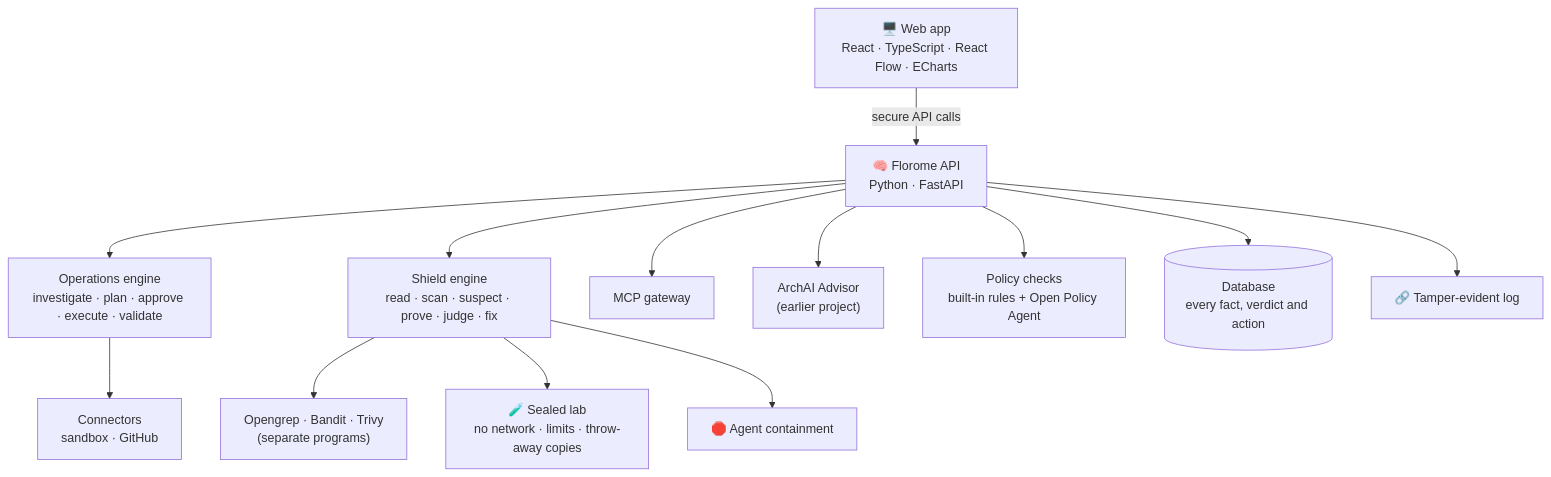
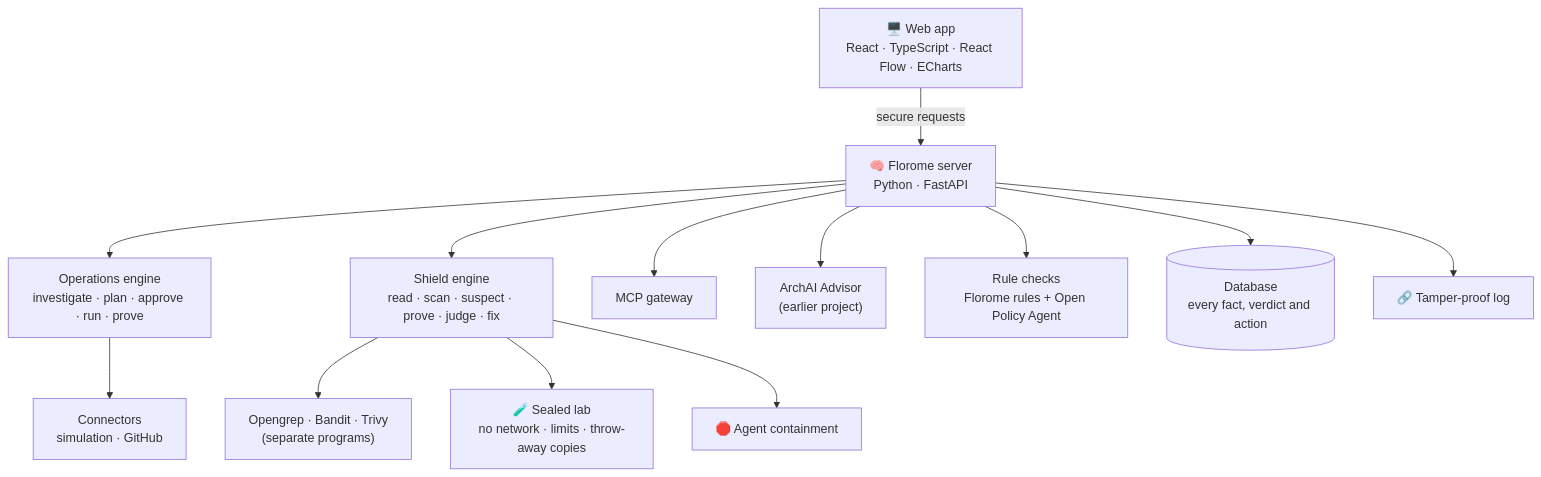
One commit to florina787/Data-sets changed the third of 4 diagrams in florome/README.md. Above: the diagram before and after it, drawn with Mermaid. The commit also changed other lines of this file and 1 other file, not shown here.

````diff
--- a/florome/README.md
+++ b/florome/README.md
@@ -439,15 +557,15 @@
 ```mermaid
 flowchart TB
-  UI["🖥️ Web app<br/>React · TypeScript · React Flow · ECharts"] -->|"secure API calls"| API["🧠 Florome API<br/>Python · FastAPI"]
-  API --> OPS["Operations engine<br/>investigate · plan · approve · execute · validate"]
+  UI["🖥️ Web app<br/>React · TypeScript · React Flow · ECharts"] -->|"secure requests"| API["🧠 Florome server<br/>Python · FastAPI"]
+  API --> OPS["Operations engine<br/>investigate · plan · approve · run · prove"]
   API --> SH["Shield engine<br/>read · scan · suspect · prove · judge · fix"]
   API --> GW["MCP gateway"]
   API --> ADV["ArchAI Advisor<br/>(earlier project)"]
-  OPS --> CONN["Connectors<br/>sandbox · GitHub"]
+  OPS --> CONN["Connectors<br/>simulation · GitHub"]
   SH --> TOOLS["Opengrep · Bandit · Trivy<br/>(separate programs)"]
   SH --> LAB["🧪 Sealed lab<br/>no network · limits · throw-away copies"]
   SH --> CONT["🛑 Agent containment"]
-  API --> POL["Policy checks<br/>built-in rules + Open Policy Agent"]
+  API --> POL["Rule checks<br/>Florome rules + Open Policy Agent"]
   API --> DB[("Database<br/>every fact, verdict and action")]
-  API --> LOG["🔗 Tamper-evident log"]
+  API --> LOG["🔗 Tamper-proof log"]
 ```
````
